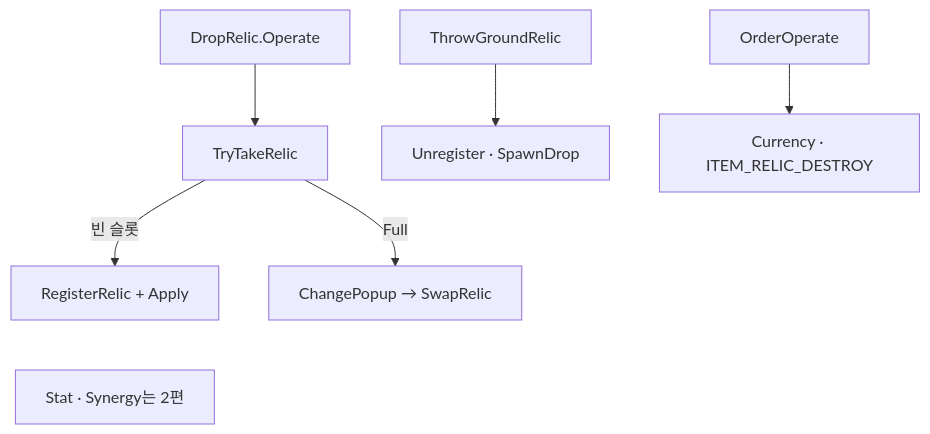
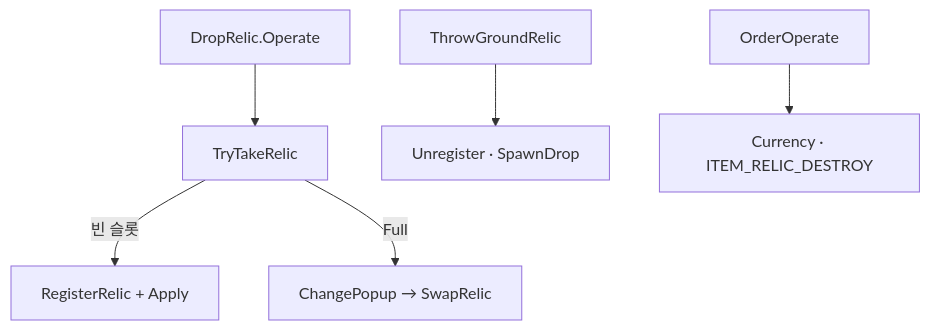
One commit to monet5379/monet5379.github.io changed the second of 2 diagrams in notes/dragon-relic-acquire.md. Above: the diagram before and after it, drawn with Mermaid. The commit also changed other lines of this file and 24 other files, not shown here.

Commit message:
콘텐츠(notes): project 목록 FM과 복수 증명·Mermaid·회고 슬롯을 맞춥니다.

````diff
--- a/notes/dragon-relic-acquire.md
+++ b/notes/dragon-relic-acquire.md
@@ -91,11 +85,8 @@
 ```mermaid
 flowchart TD
   O["DropRelic.Operate"] --> T["TryTakeRelic"]
   T -->|빈 슬롯| A["RegisterRelic + Apply"]
   T -->|Full| C["ChangePopup → SwapRelic"]
   TH["ThrowGroundRelic"] --> U["Unregister · SpawnDrop"]
   X["OrderOperate"] --> G["Currency · ITEM_RELIC_DESTROY"]
-
-  NOTE["Stat · Synergy는 2편"]
-  A ~~~ NOTE
 ```
````
